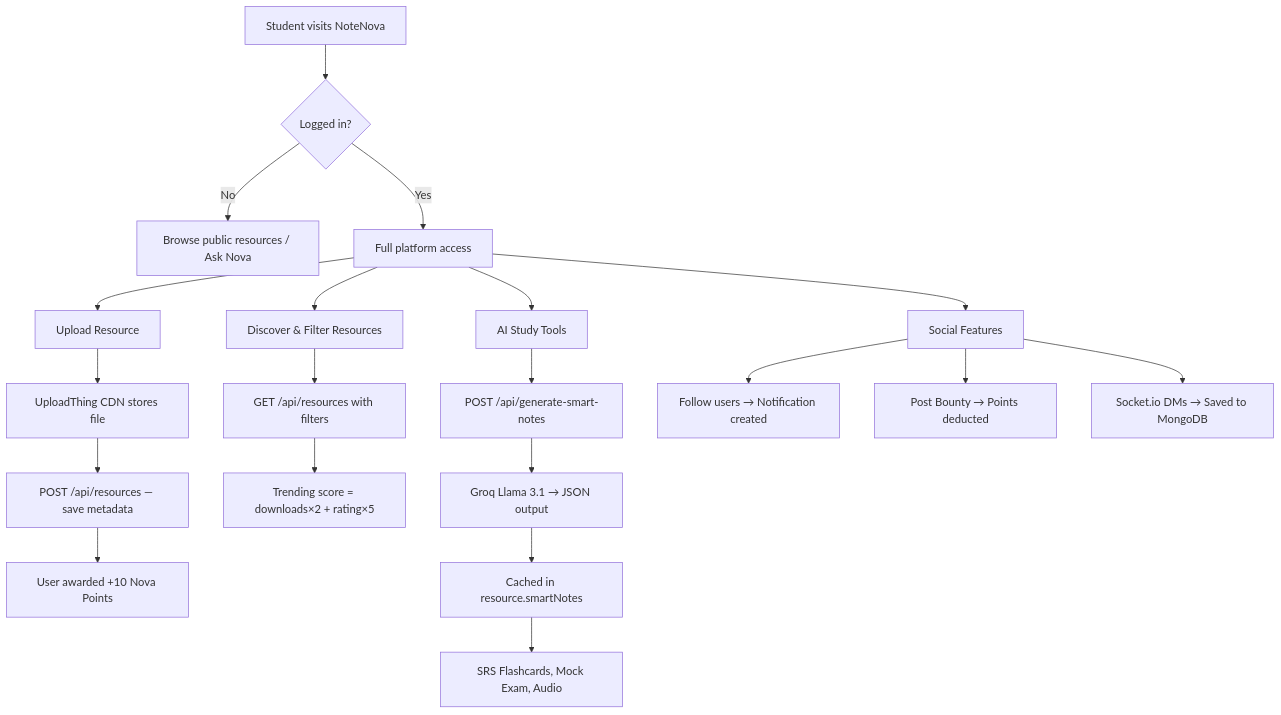
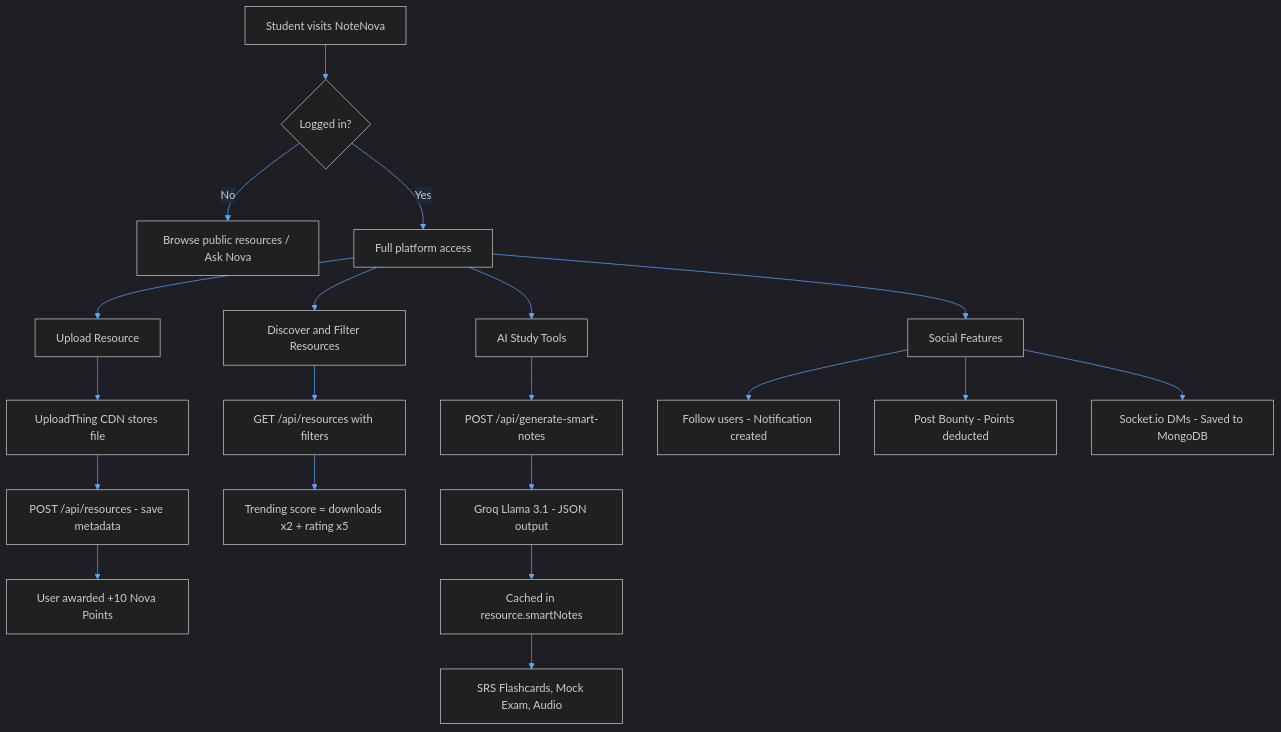
One commit to sgk18/NoteNova changed the first of 5 diagrams in README.md. Above: the diagram before and after it, drawn with Mermaid. The commit also changed other lines of this file, not shown here.

Commit message:
docs: clean up README formatting, modernize Mermaid diagram themes, and update schema definitions

````diff
--- a/README.md
+++ b/README.md
@@ -145,26 +145,27 @@
 ```mermaid
+%%{init: {'theme': 'dark', 'themeVariables': {'primaryColor': '#1e3a5f', 'primaryTextColor': '#e2e8f0', 'primaryBorderColor': '#3b82f6', 'lineColor': '#60a5fa', 'secondaryColor': '#1e293b', 'tertiaryColor': '#0f172a', 'edgeLabelBackground': '#1e293b', 'nodeTextColor': '#f1f5f9'}}}%%
 flowchart TD
     A[Student visits NoteNova] --> B{Logged in?}
     B -- No --> C[Browse public resources / Ask Nova]
     B -- Yes --> D[Full platform access]
     D --> E[Upload Resource]
-    D --> F[Discover & Filter Resources]
+    D --> F[Discover and Filter Resources]
     D --> G[AI Study Tools]
     D --> H[Social Features]
 
     E --> E1[UploadThing CDN stores file]
-    E1 --> E2[POST /api/resources — save metadata]
+    E1 --> E2[POST /api/resources - save metadata]
     E2 --> E3[User awarded +10 Nova Points]
 
     F --> F1[GET /api/resources with filters]
-    F1 --> F2[Trending score = downloads×2 + rating×5]
+    F1 --> F2[Trending score = downloads x2 + rating x5]
 
     G --> G1[POST /api/generate-smart-notes]
-    G1 --> G2[Groq Llama 3.1 → JSON output]
+    G1 --> G2[Groq Llama 3.1 - JSON output]
     G2 --> G3[Cached in resource.smartNotes]
     G3 --> G4[SRS Flashcards, Mock Exam, Audio]
 
-    H --> H1[Follow users → Notification created]
-    H --> H2[Post Bounty → Points deducted]
-    H --> H3[Socket.io DMs → Saved to MongoDB]
+    H --> H1[Follow users - Notification created]
+    H --> H2[Post Bounty - Points deducted]
+    H --> H3[Socket.io DMs - Saved to MongoDB]
 ```
````
